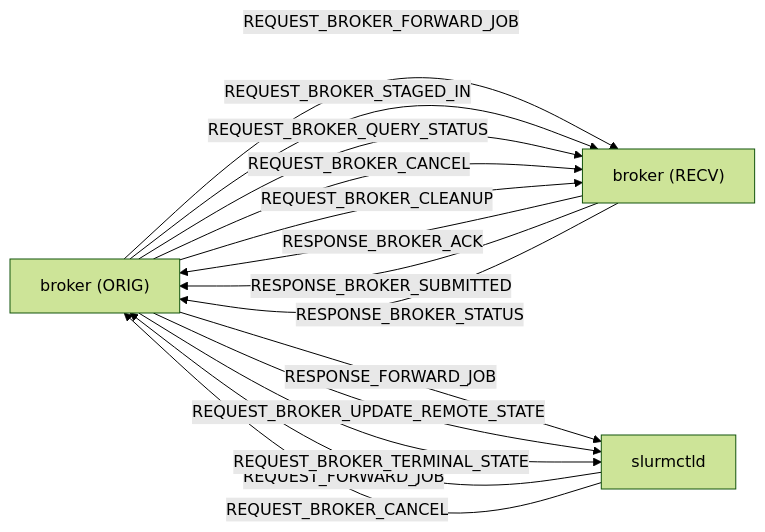
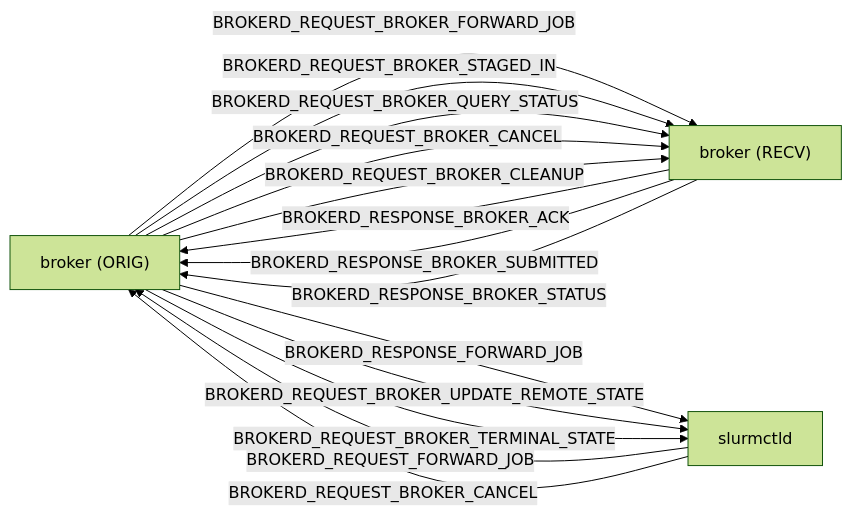
One commit to yuanqj1/meta_test changed the diagram in doc/checklists/M04-rpc.md. Above: the diagram before and after it, drawn with Mermaid (forest theme). The commit also changed other lines of this file and 11 other files, not shown here.

````diff
--- a/doc/checklists/M04-rpc.md
+++ b/doc/checklists/M04-rpc.md
@@ -248,21 +293,21 @@
 ```mermaid
 flowchart LR
     BO["broker (ORIG)"]
     BR["broker (RECV)"]
     CL["slurmctld"]
 
-    BO -->|"REQUEST_BROKER_FORWARD_JOB"| BR
-    BR -->|"RESPONSE_BROKER_ACK"| BO
-    BO -->|"REQUEST_BROKER_STAGED_IN"| BR
-    BR -->|"RESPONSE_BROKER_SUBMITTED"| BO
-    BO -->|"REQUEST_BROKER_QUERY_STATUS"| BR
-    BR -->|"RESPONSE_BROKER_STATUS"| BO
-    BO -->|"REQUEST_BROKER_CANCEL"| BR
-    BO -->|"REQUEST_BROKER_CLEANUP"| BR
+    BO -->|"BROKERD_REQUEST_BROKER_FORWARD_JOB"| BR
+    BR -->|"BROKERD_RESPONSE_BROKER_ACK"| BO
+    BO -->|"BROKERD_REQUEST_BROKER_STAGED_IN"| BR
+    BR -->|"BROKERD_RESPONSE_BROKER_SUBMITTED"| BO
+    BO -->|"BROKERD_REQUEST_BROKER_QUERY_STATUS"| BR
+    BR -->|"BROKERD_RESPONSE_BROKER_STATUS"| BO
+    BO -->|"BROKERD_REQUEST_BROKER_CANCEL"| BR
+    BO -->|"BROKERD_REQUEST_BROKER_CLEANUP"| BR
 
-    CL -->|"REQUEST_FORWARD_JOB"| BO
-    BO -->|"RESPONSE_FORWARD_JOB"| CL
-    BO -->|"REQUEST_BROKER_UPDATE_REMOTE_STATE"| CL
-    BO -->|"REQUEST_BROKER_TERMINAL_STATE"| CL
-    CL -->|"REQUEST_BROKER_CANCEL"| BO
+    CL -->|"BROKERD_REQUEST_FORWARD_JOB"| BO
+    BO -->|"BROKERD_RESPONSE_FORWARD_JOB"| CL
+    BO -->|"BROKERD_REQUEST_BROKER_UPDATE_REMOTE_STATE"| CL
+    BO -->|"BROKERD_REQUEST_BROKER_TERMINAL_STATE"| CL
+    CL -->|"BROKERD_REQUEST_BROKER_CANCEL"| BO
 ```
````
